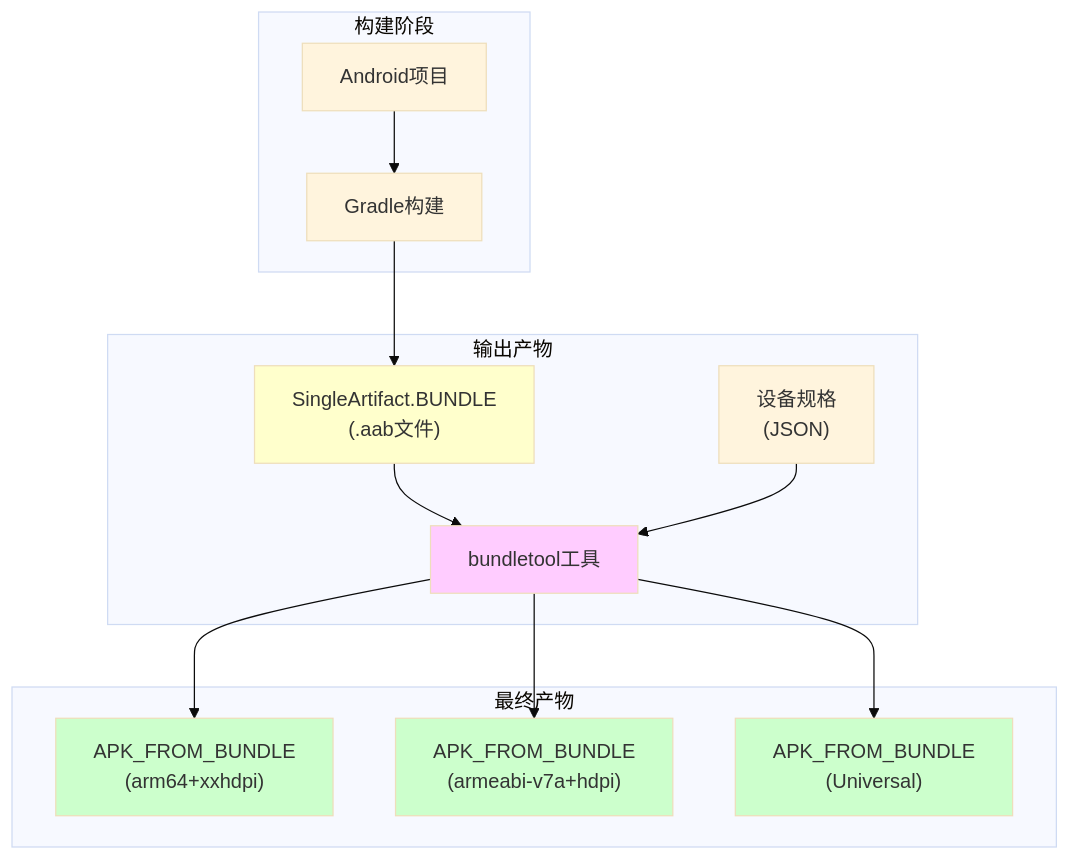
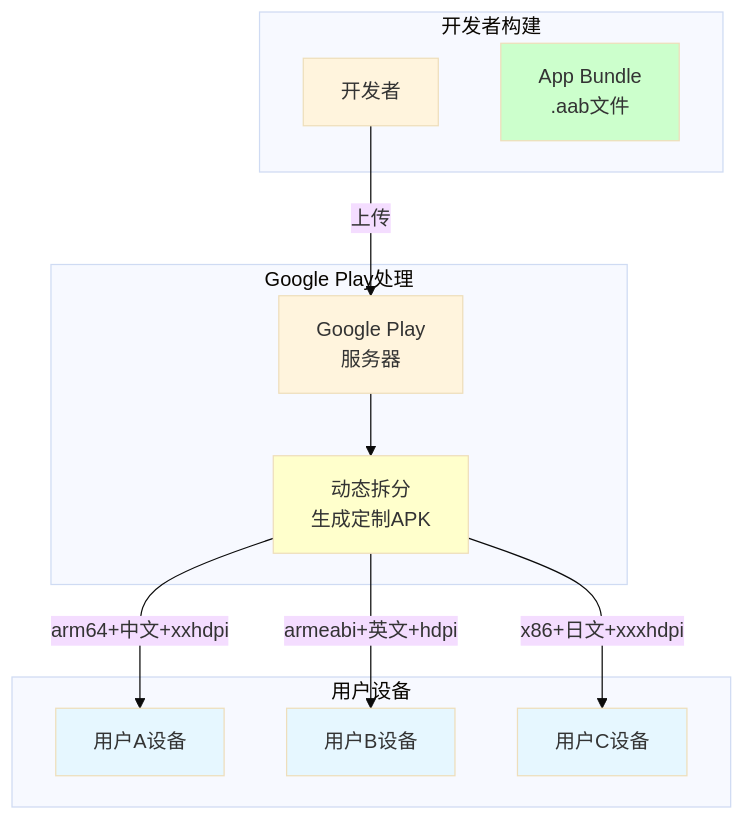
One commit to Carrie-L/carrie-l.github.io changed the second of 4 diagrams in AndroidDeveloperGuideStory/Contents/vol21/21.1.40 SingleArtifact.BUNDLE.md. Above: the diagram before and after it, drawn with Mermaid (base theme). The commit also changed other lines of this file, not shown here.

````diff
--- a/AndroidDeveloperGuideStory/Contents/vol21/21.1.40 SingleArtifact.BUNDLE.md
+++ b/AndroidDeveloperGuideStory/Contents/vol21/21.1.40 SingleArtifact.BUNDLE.md
@@ -173,33 +93,30 @@
 ```mermaid
 flowchart TB
-    subgraph Build["构建阶段"]
-        Project["Android项目"]
-        Gradle["Gradle构建"]
+    subgraph Build["开发者构建"]
+        Dev["开发者"]
+        AAB["App Bundle<br/>.aab文件"]
     end
     
-    subgraph Output["输出产物"]
-        BUNDLE["SingleArtifact.BUNDLE<br/>(.aab文件)"]
-        Bundletool["bundletool工具"]
-        DeviceSpec["设备规格<br/>(JSON)"]
+    subgraph PlayStore["Google Play处理"]
+        Play["Google Play<br/>服务器"]
+        Split["动态拆分<br/>生成定制APK"]
     end
     
-    subgraph Final["最终产物"]
-        APK1["APK_FROM_BUNDLE<br/>(arm64+xxhdpi)"]
-        APK2["APK_FROM_BUNDLE<br/>(armeabi-v7a+hdpi)"]
-        APK3["APK_FROM_BUNDLE<br/>(Universal)"]
+    subgraph Device["用户设备"]
+        Device1["用户A设备"]
+        Device2["用户B设备"]
+        Device3["用户C设备"]
     end
     
-    Project --> Gradle
-    Gradle --> BUNDLE
-    BUNDLE --> Bundletool
-    DeviceSpec --> Bundletool
-    Bundletool --> APK1
-    Bundletool --> APK2
-    Bundletool --> APK3
+    Dev -->|上传| Play
+    Play --> Split
+    Split -->|arm64+中文+xxhdpi| Device1
+    Split -->|armeabi+英文+hdpi| Device2
+    Split -->|x86+日文+xxxhdpi| Device3
     
-    style BUNDLE fill:#ffffcc
-    style Bundletool fill:#ffccff
-    style APK1 fill:#ccffcc
-    style APK2 fill:#ccffcc
-    style APK3 fill:#ccffcc
+    style AAB fill:#ccffcc
+    style Split fill:#ffffcc
+    style Device1 fill:#e6f7ff
+    style Device2 fill:#e6f7ff
+    style Device3 fill:#e6f7ff
 ```
````
